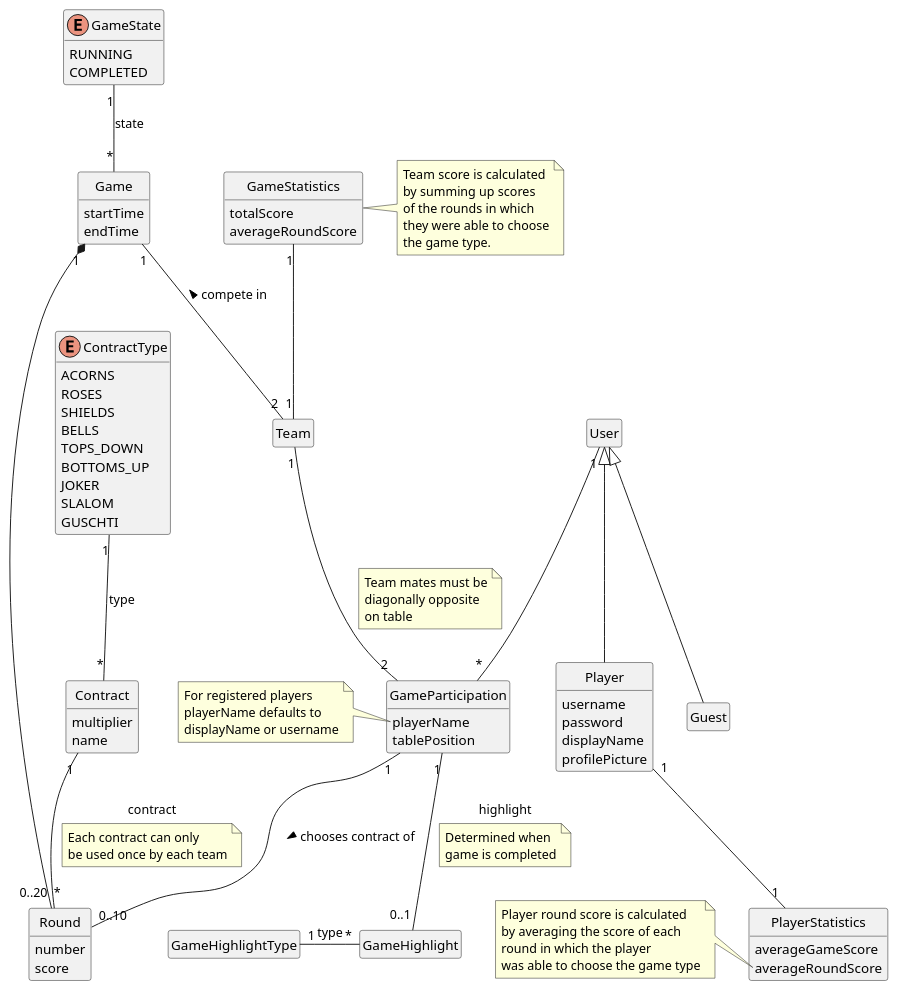
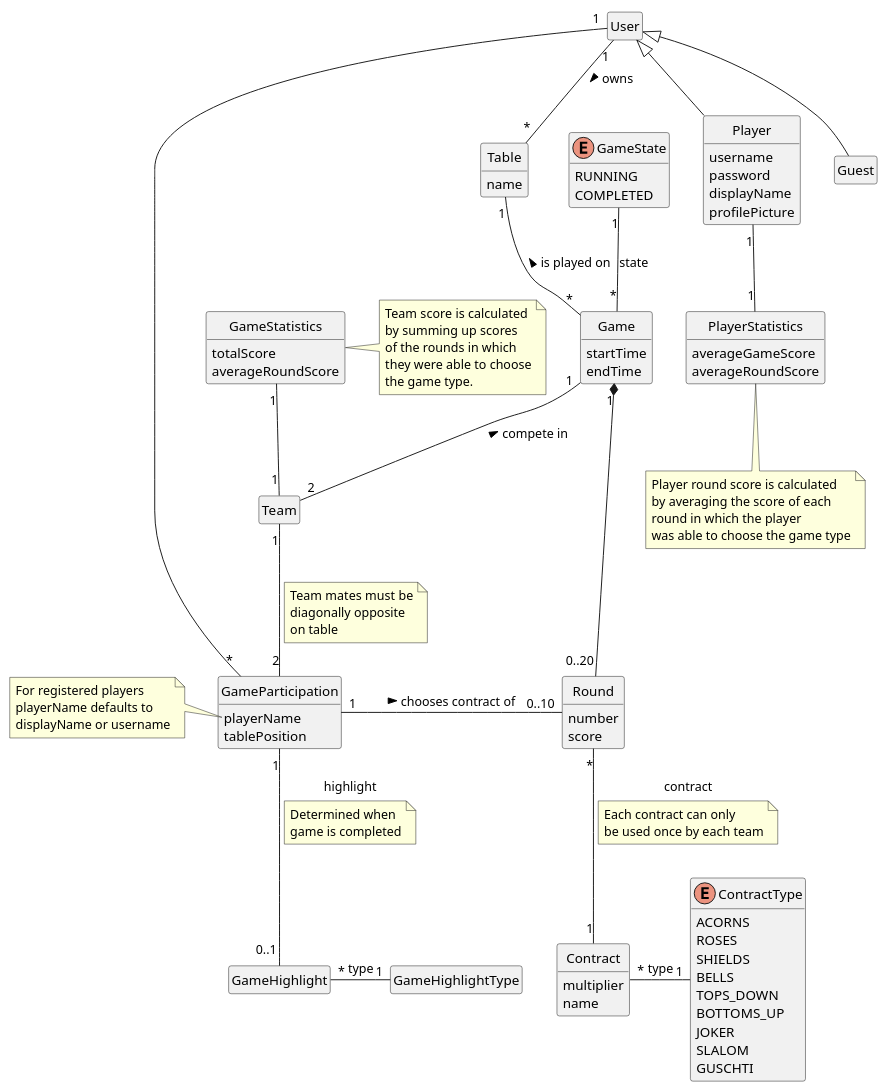
One commit to PascalHonegger/JassTracker changed the diagram in Documentation/src/resources/domain-model.puml. Above: the diagram before and after it, drawn with PlantUML. The commit also changed 1 other file, not shown here.

Commit message:
feat(domain model): add table to domain model

```diff
--- a/Documentation/src/resources/domain-model.puml
+++ b/Documentation/src/resources/domain-model.puml
@@ -1,126 +1,133 @@
 @startuml domain model
 
 hide class circle
 hide empty methods
 hide empty fields
 
 class User {
+}
+
+class Table {
+    name
 }
 
 class Game {
     startTime
     endTime
 }
 
 class GameStatistics {
     totalScore
     averageRoundScore
 }
 
 note right
     Team score is calculated
     by summing up scores
     of the rounds in which
     they were able to choose
     the game type.
 end note
 
 class Player {
     username
     password
     displayName
     profilePicture
 }
 
 class PlayerStatistics {
     averageGameScore
     averageRoundScore
 }
 
-note left of PlayerStatistics::averageRoundScore
+note bottom
     Player round score is calculated
     by averaging the score of each
     round in which the player
     was able to choose the game type
 end note
 
 class GameParticipation {
     playerName
     tablePosition
 }
 
 note left of GameParticipation::playerName
     For registered players
     playerName defaults to
     displayName or username
 end note
 
 class Round {
     number
     score
 }
 
 class Contract {
     multiplier
     name
 }
 
 class Team {
 }
 
 class GameHighlight {
 }
 
 class GameHighlightType {
 }
 
 enum GameState {
     RUNNING
     COMPLETED
 }
 
 enum ContractType {
     ACORNS
     ROSES
     SHIELDS
     BELLS
     TOPS_DOWN
     BOTTOMS_UP
     JOKER
     SLALOM
     GUSCHTI
 }
 
 User <|-- Player
 User <|-- Guest
 User "1" -- "*" GameParticipation
 Team "1" -- "2" GameParticipation
 note on link
     Team mates must be
     diagonally opposite
     on table
 end note
 
+User "1" -- "*" Table : owns >
+Table "1" -- "*" Game : is played on <
+
 Game "1" --  "2" Team  : compete in <
 Game "1" *-- "0..20" Round
 GameState "1" -- "*" Game  : state
-Contract "1" -- "*" Round  : contract
+Contract "1" --u "*" Round  : contract
 note on link
     Each contract can only
     be used once by each team
 end note
-ContractType "1" -- "*" Contract : type
+ContractType "1" --l "*" Contract : type
 
-GameParticipation "1" -- "0..10" Round : chooses contract of >
+GameParticipation "1" --r "0..10" Round : chooses contract of >
 
 GameParticipation "1" -- "0..1" GameHighlight : highlight
 note on link
     Determined when
     game is completed
 end note
-GameHighlightType "1" --r "*" GameHighlight  : type
+GameHighlightType "1" --l "*" GameHighlight  : type
 
 Team "1" --u  "1" GameStatistics
 Player "1" -- "1"PlayerStatistics
 
 @enduml
```
